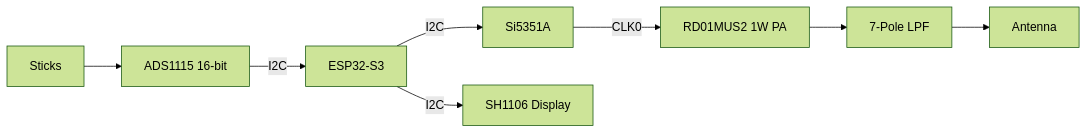
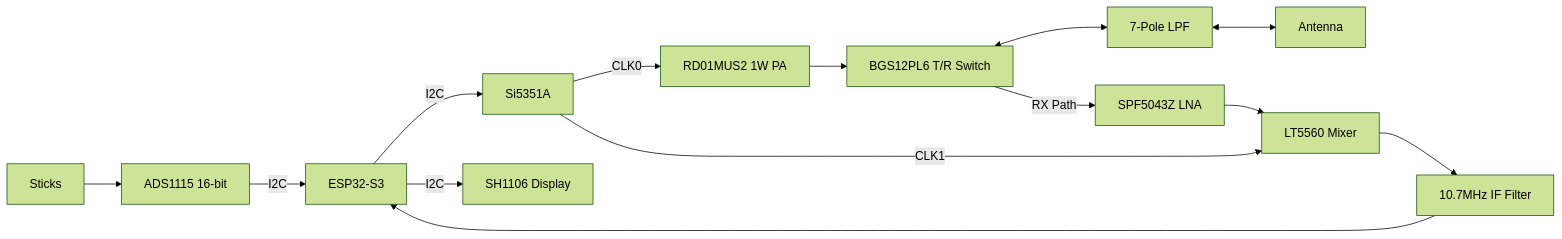
One commit to ne9n/RC_6m changed the diagram in TX_Hardware/TX_Schematic_Blueprint.md. Above: the diagram before and after it, drawn with Mermaid (forest theme). The commit also changed other lines of this file and 1 other file, not shown here.

Commit message:
Update TX Schematic Blueprint and BOM with telemetry receiver hardware

````diff
--- a/TX_Hardware/TX_Schematic_Blueprint.md
+++ b/TX_Hardware/TX_Schematic_Blueprint.md
@@ -10,10 +10,16 @@
 ```mermaid
 graph LR
     STX[Sticks] --> ADC[ADS1115 16-bit]
     ADC -- I2C --> ESP[ESP32-S3]
     ESP -- I2C --> SI[Si5351A]
     ESP -- I2C --> OLED[SH1106 Display]
     SI -- CLK0 --> PA[RD01MUS2 1W PA]
-    PA --> LPF[7-Pole LPF]
-    LPF --> ANT[Antenna]
+    PA --> SW[BGS12PL6 T/R Switch]
+    SW <--> LPF[7-Pole LPF]
+    LPF <--> ANT[Antenna]
+    SW -- RX Path --> LNA[SPF5043Z LNA]
+    LNA --> MIX[LT5560 Mixer]
+    SI -- CLK1 --> MIX
+    MIX --> IF[10.7MHz IF Filter]
+    IF --> ESP
 ```
````
